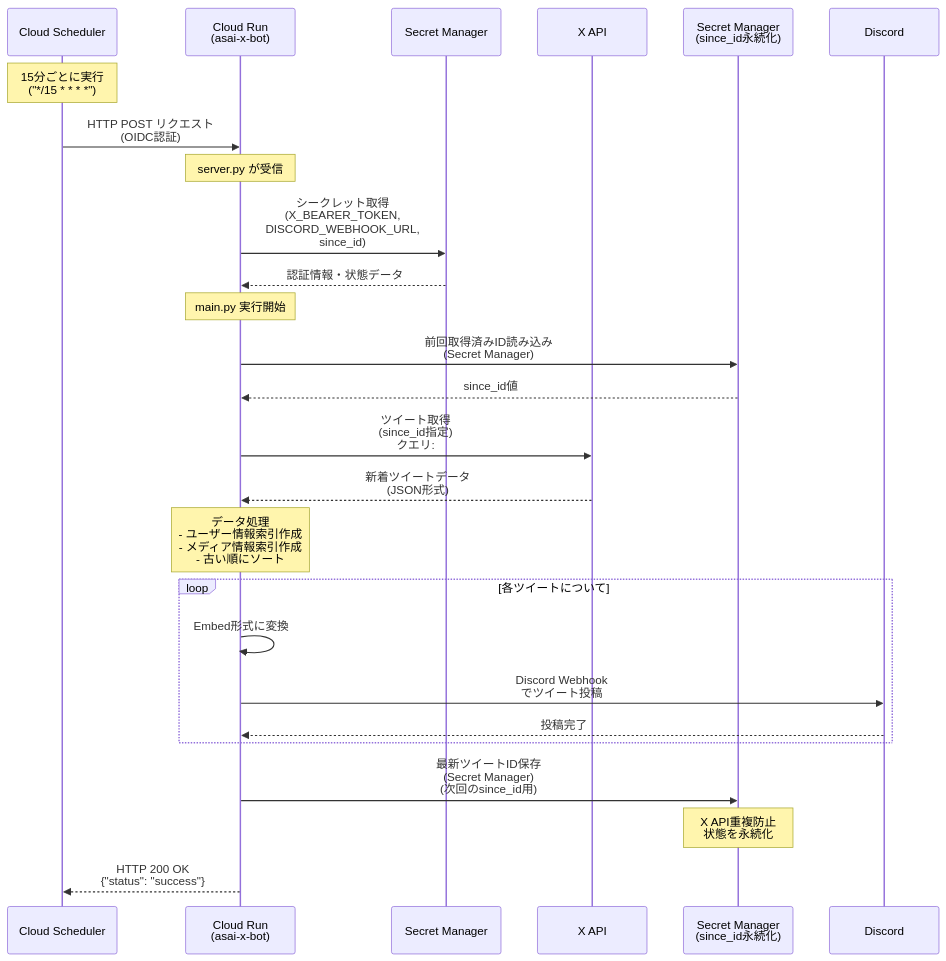
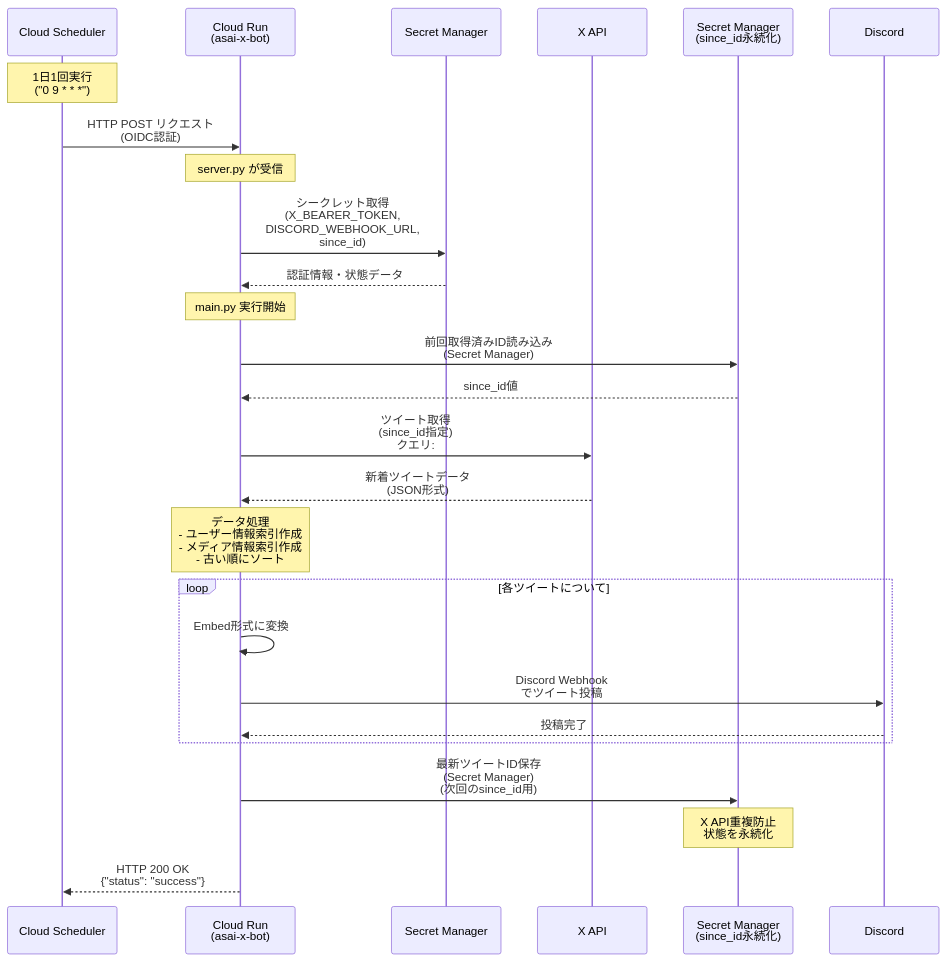
The first of 2 diagrams in README.md (AobaIwaki123/asai-x-bot), drawn with Mermaid before and after one commit. The commit also changed other lines of this file, not shown here.

````diff
--- a/README.md
+++ b/README.md
@@ -21,38 +21,38 @@
 ```mermaid
 sequenceDiagram
     participant CS as Cloud Scheduler
     participant CR as Cloud Run<br/>(asai-x-bot)
     participant SM as Secret Manager
     participant XA as X API
     participant XS as Secret Manager<br/>(since_id永続化)
     participant DC as Discord
 
-    Note over CS: 15分ごとに実行<br/>("*/15 * * * *")
+    Note over CS: 1日1回実行<br/>("0 9 * * *")
 
     CS->>CR: HTTP POST リクエスト<br/>(OIDC認証)
 
     Note over CR: server.py が受信
     CR->>SM: シークレット取得<br/>(X_BEARER_TOKEN,<br/>DISCORD_WEBHOOK_URL,<br/>since_id)
     SM-->>CR: 認証情報・状態データ
 
     Note over CR: main.py 実行開始
 
     CR->>XS: 前回取得済みID読み込み<br/>(Secret Manager)
     XS-->>CR: since_id値
 
     CR->>XA: ツイート取得<br/>(since_id指定)<br/>クエリ: #浅井恋乃未<br/>from:sakurazaka46 等
     XA-->>CR: 新着ツイートデータ<br/>(JSON形式)
 
     Note over CR: データ処理<br/>- ユーザー情報索引作成<br/>- メディア情報索引作成<br/>- 古い順にソート
 
     loop 各ツイートについて
         CR->>CR: Embed形式に変換
         CR->>DC: Discord Webhook<br/>でツイート投稿
         DC-->>CR: 投稿完了
     end
 
     CR->>XS: 最新ツイートID保存<br/>(Secret Manager)<br/>(次回のsince_id用)
     Note over XS: X API重複防止<br/>状態を永続化
 
     CR-->>CS: HTTP 200 OK<br/>{"status": "success"}
 ```
````
